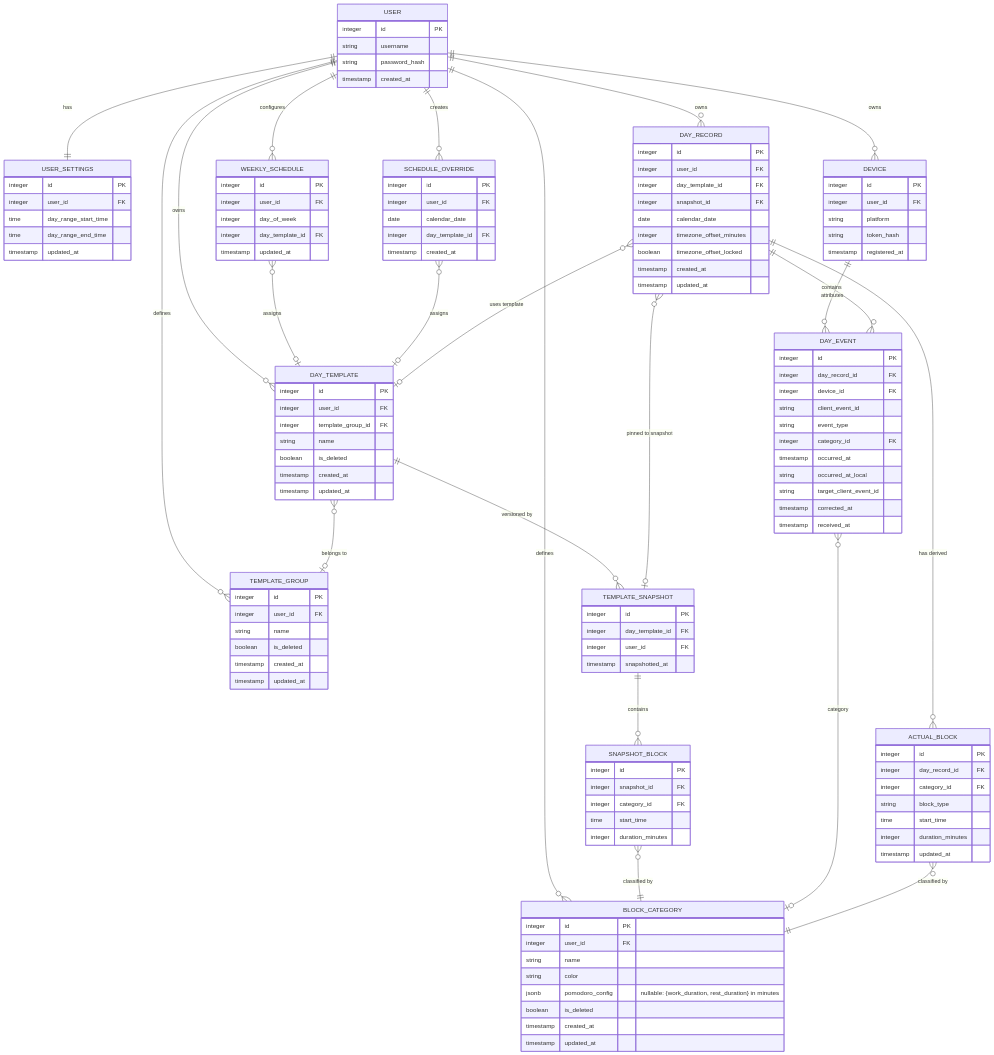
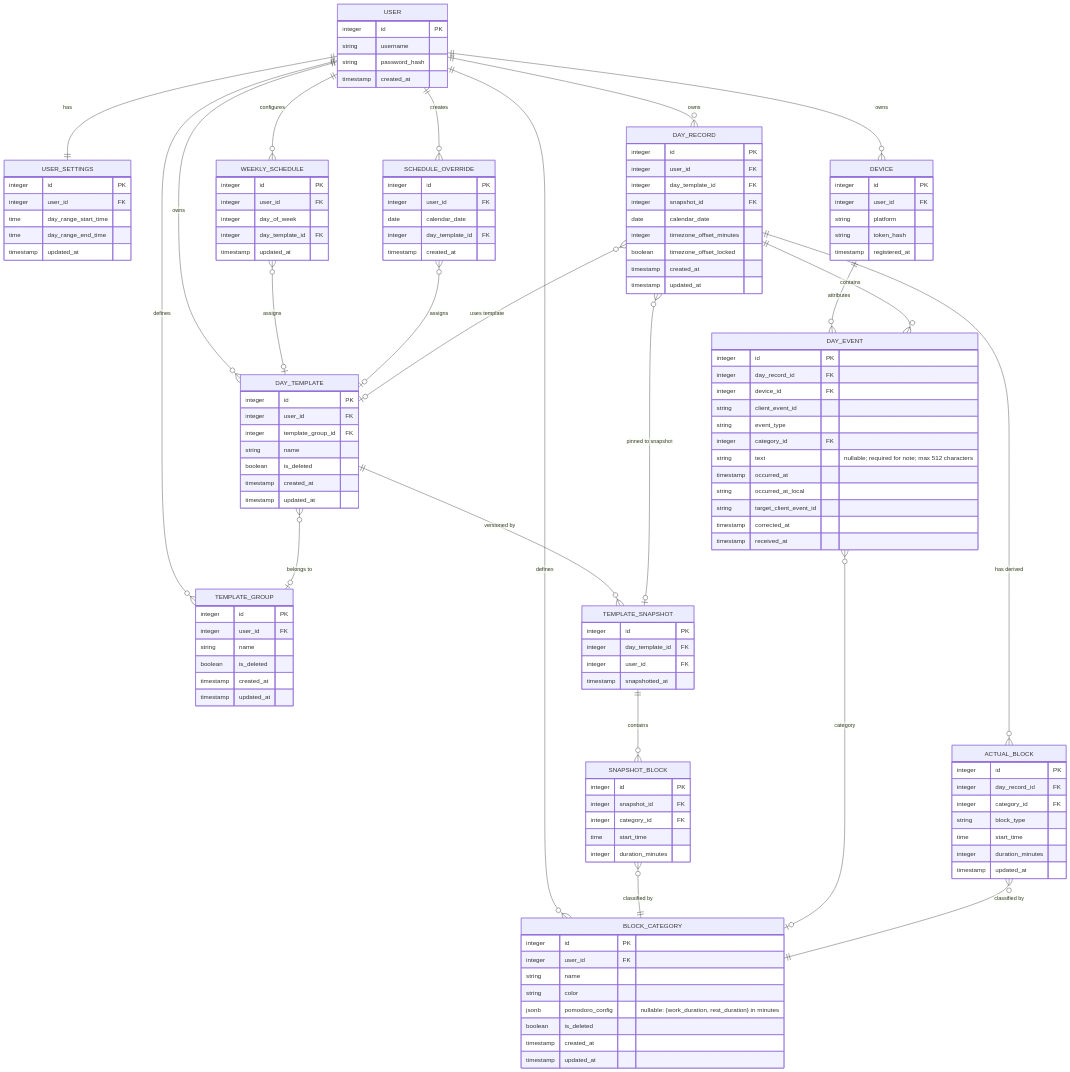
One commit to sem0ark/todo-planner changed the diagram in docs/API and DB.md. Above: the diagram before and after it, drawn with Mermaid. The commit also changed other lines of this file and 11 other files, not shown here.

```diff
--- a/docs/API and DB.md
+++ b/docs/API and DB.md
@@ -169,6 +169,7 @@
         string client_event_id
         string event_type
         integer category_id FK
+        string text "nullable; required for note; max 512 characters"
         timestamp occurred_at
         string occurred_at_local
         string target_client_event_id
```
